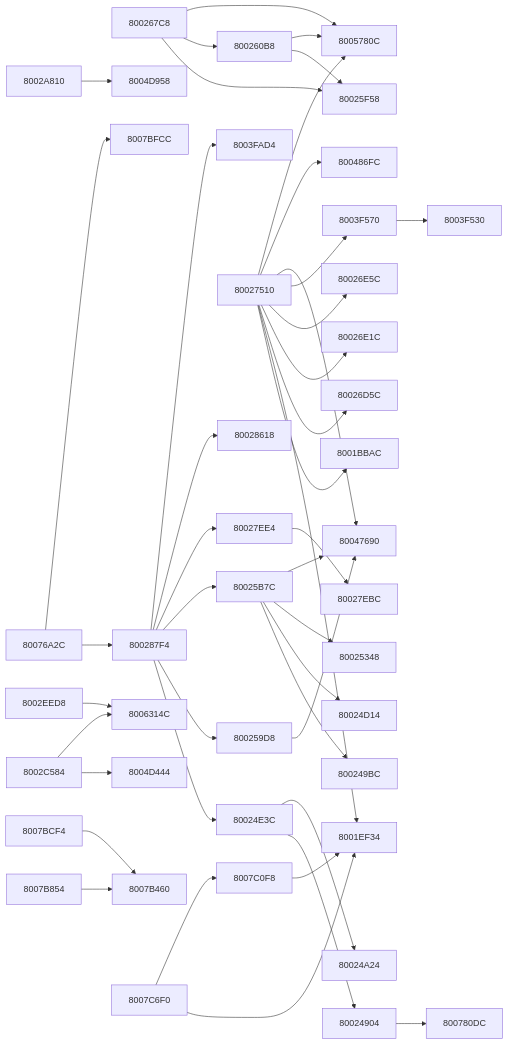
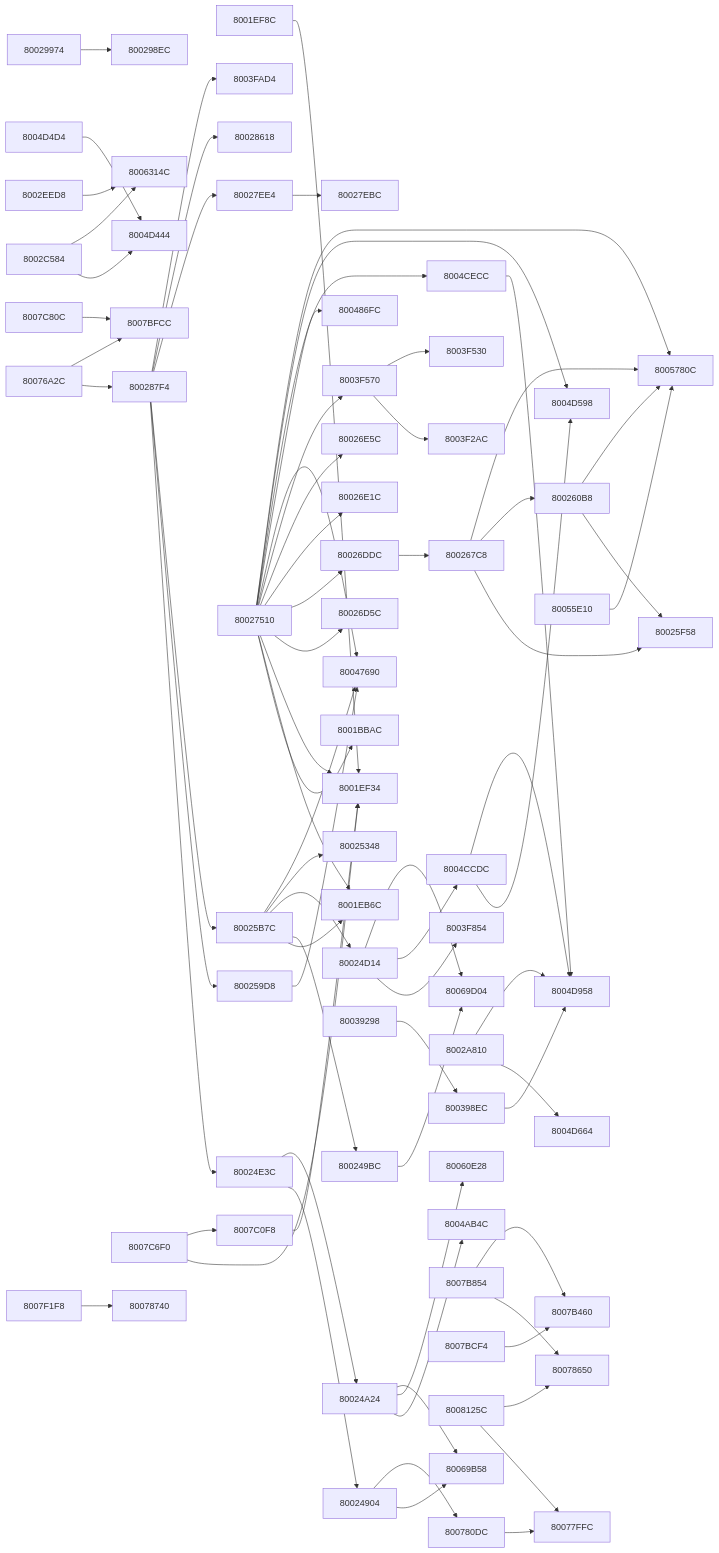
One commit to kai-luni/Future-Cop-L.A.P.D-PS1 changed the second of 11 diagrams in docs/FUNCTION_MAP.md. Above: the diagram before and after it, drawn with Mermaid. The commit also changed other lines of this file, not shown here.

````diff
--- a/docs/FUNCTION_MAP.md
+++ b/docs/FUNCTION_MAP.md
@@ -80,9 +81,19 @@
 ```mermaid
 graph LR
+    f8001ef8c --> f8001ef34
+    f80024904 --> f80069b58
     f80024904 --> f800780dc
+    f800249bc --> f80069d04
+    f80024a24 --> f8004ab4c
+    f80024a24 --> f80060e28
+    f80024a24 --> f80069b58
+    f80024d14 --> f8003f854
+    f80024d14 --> f8004ccdc
+    f80024d14 --> f80069d04
     f80024e3c --> f80024904
     f80024e3c --> f80024a24
     f800259d8 --> f80047690
+    f80025b7c --> f8001eb6c
     f80025b7c --> f800249bc
     f80025b7c --> f80024d14
     f80025b7c --> f80025348
@@ -92,14 +103,19 @@
     f800267c8 --> f80025f58
     f800267c8 --> f800260b8
     f800267c8 --> f8005780c
+    f80026ddc --> f800267c8
     f80027510 --> f8001bbac
+    f80027510 --> f8001eb6c
     f80027510 --> f8001ef34
     f80027510 --> f80026d5c
+    f80027510 --> f80026ddc
     f80027510 --> f80026e1c
     f80027510 --> f80026e5c
     f80027510 --> f8003f570
     f80027510 --> f80047690
     f80027510 --> f800486fc
+    f80027510 --> f8004cecc
+    f80027510 --> f8004d598
     f80027510 --> f8005780c
     f80027ee4 --> f80027ebc
     f800287f4 --> f80024e3c
@@ -108,20 +124,38 @@
     f800287f4 --> f80027ee4
     f800287f4 --> f80028618
     f800287f4 --> f8003fad4
+    f80029974 --> f800298ec
+    f8002a810 --> f8004d664
     f8002a810 --> f8004d958
     f8002c584 --> f8004d444
     f8002c584 --> f8006314c
     f8002eed8 --> f8006314c
+    f80039298 --> f800398ec
+    f800398ec --> f8004d958
+    f8003f570 --> f8003f2ac
     f8003f570 --> f8003f530
+    f8004ccdc --> f8004d598
+    f8004ccdc --> f8004d958
+    f8004cecc --> f8004d958
+    f8004d4d4 --> f8004d444
+    f80055e10 --> f8005780c
     f80076a2c --> f800287f4
     f80076a2c --> f8007bfcc
+    f800780dc --> f80077ffc
+    f8007b854 --> f80078650
     f8007b854 --> f8007b460
     f8007bcf4 --> f8007b460
     f8007c0f8 --> f8001ef34
     f8007c6f0 --> f8001ef34
     f8007c6f0 --> f8007c0f8
+    f8007c80c --> f8007bfcc
+    f8007f1f8 --> f80078740
+    f8008125c --> f80077ffc
+    f8008125c --> f80078650
     f8001bbac["8001BBAC"]
+    f8001eb6c["8001EB6C"]
     f8001ef34["8001EF34"]
+    f8001ef8c["8001EF8C"]
     f80024904["80024904"]
     f800249bc["800249BC"]
     f80024a24["80024A24"]
@@ -134,6 +168,7 @@
     f800260b8["800260B8"]
     f800267c8["800267C8"]
     f80026d5c["80026D5C"]
+    f80026ddc["80026DDC"]
     f80026e1c["80026E1C"]
     f80026e5c["80026E5C"]
     f80027510["80027510"]
@@ -141,24 +176,46 @@
     f80027ee4["80027EE4"]
     f80028618["80028618"]
     f800287f4["800287F4"]
+    f800298ec["800298EC"]
+    f80029974["80029974"]
     f8002a810["8002A810"]
     f8002c584["8002C584"]
     f8002eed8["8002EED8"]
+    f80039298["80039298"]
+    f800398ec["800398EC"]
+    f8003f2ac["8003F2AC"]
     f8003f530["8003F530"]
     f8003f570["8003F570"]
+    f8003f854["8003F854"]
     f8003fad4["8003FAD4"]
     f80047690["80047690"]
     f800486fc["800486FC"]
+    f8004ab4c["8004AB4C"]
+    f8004ccdc["8004CCDC"]
+    f8004cecc["8004CECC"]
     f8004d444["8004D444"]
+    f8004d4d4["8004D4D4"]
+    f8004d598["8004D598"]
+    f8004d664["8004D664"]
     f8004d958["8004D958"]
+    f80055e10["80055E10"]
     f8005780c["8005780C"]
+    f80060e28["80060E28"]
     f8006314c["8006314C"]
+    f80069b58["80069B58"]
+    f80069d04["80069D04"]
     f80076a2c["80076A2C"]
+    f80077ffc["80077FFC"]
     f800780dc["800780DC"]
+    f80078650["80078650"]
+    f80078740["80078740"]
     f8007b460["8007B460"]
     f8007b854["8007B854"]
     f8007bcf4["8007BCF4"]
     f8007bfcc["8007BFCC"]
     f8007c0f8["8007C0F8"]
     f8007c6f0["8007C6F0"]
+    f8007c80c["8007C80C"]
+    f8007f1f8["8007F1F8"]
+    f8008125c["8008125C"]
 ```
````
